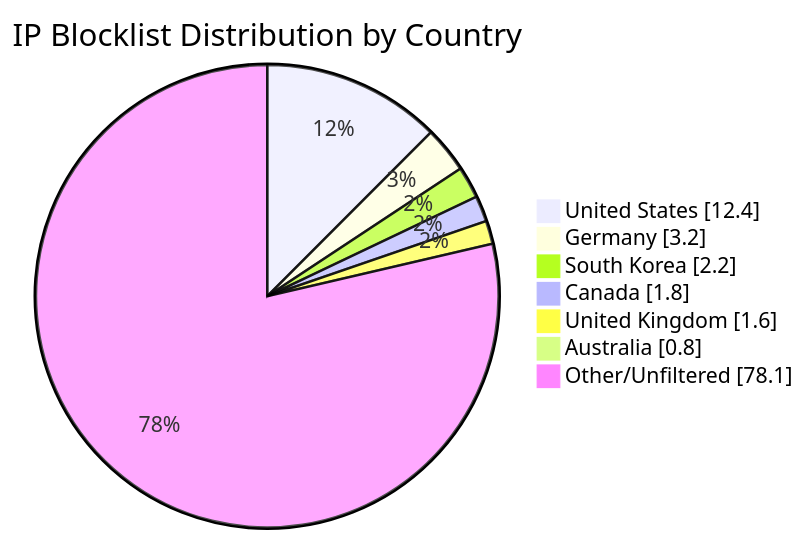
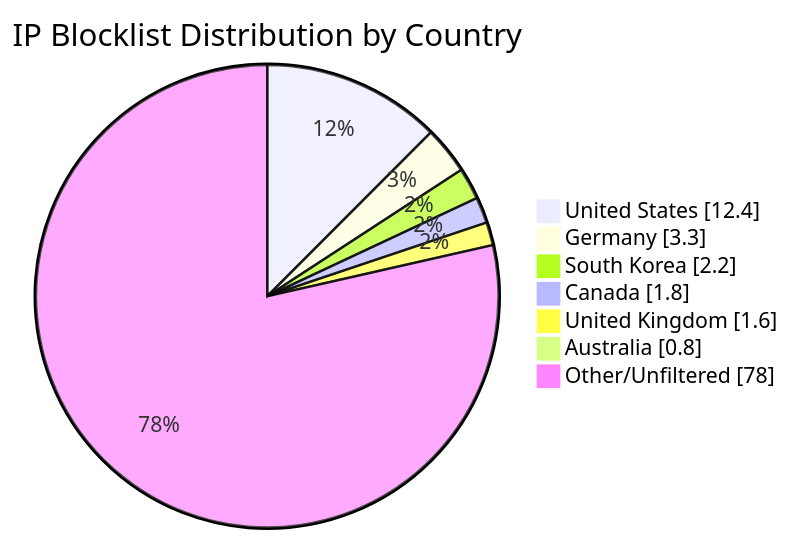
The diagram in README.md (MarcusHoltz/ipblocklist-geofiltered-aggregator), drawn with Mermaid before and after one commit. The commit also changed other lines of this file and 9 other files, not shown here.

````diff
--- a/README.md
+++ b/README.md
@@ -34,10 +34,10 @@
 ```mermaid
 pie showData title IP Blocklist Distribution by Country
 "United States" : 12.4
-"Germany" : 3.2
+"Germany" : 3.3
 "South Korea" : 2.2
 "Canada" : 1.8
 "United Kingdom" : 1.6
 "Australia" : 0.8
-"Other/Unfiltered" : 78.1
+"Other/Unfiltered" : 78.0
 ```
````
